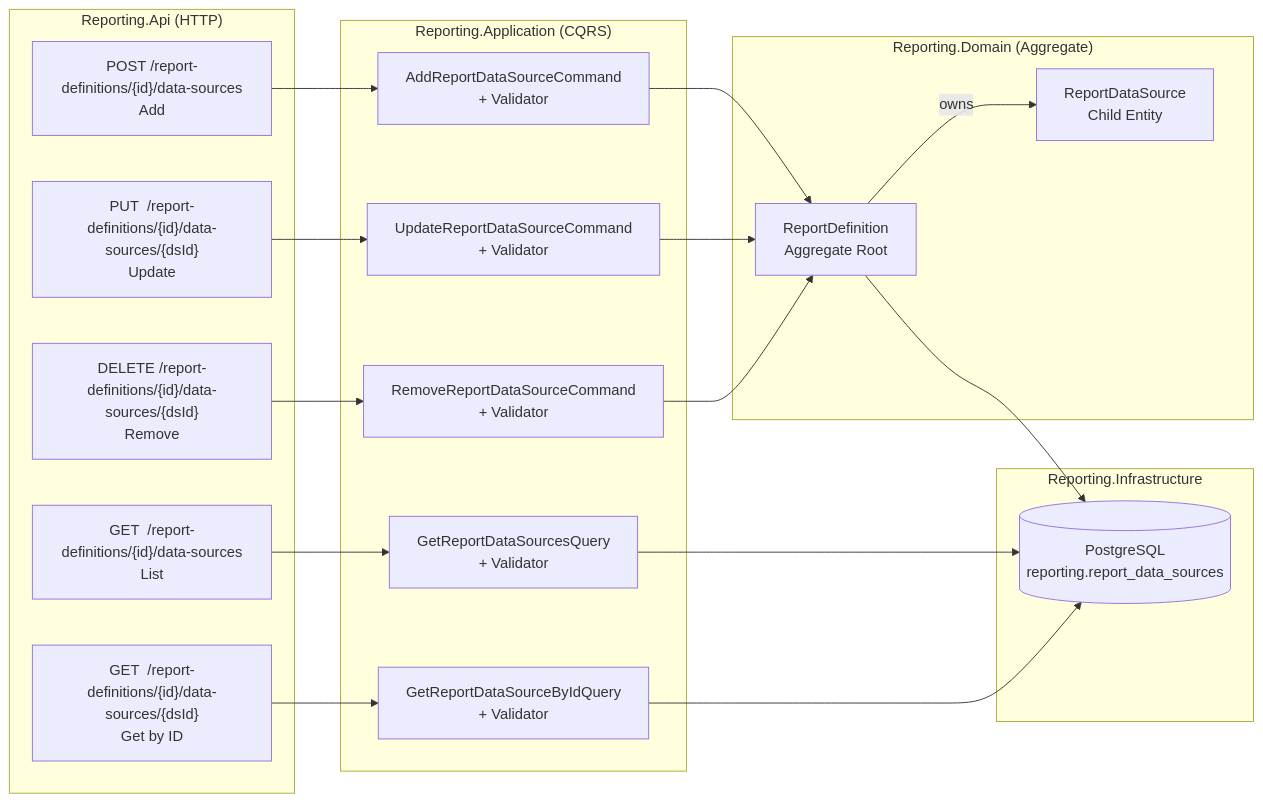
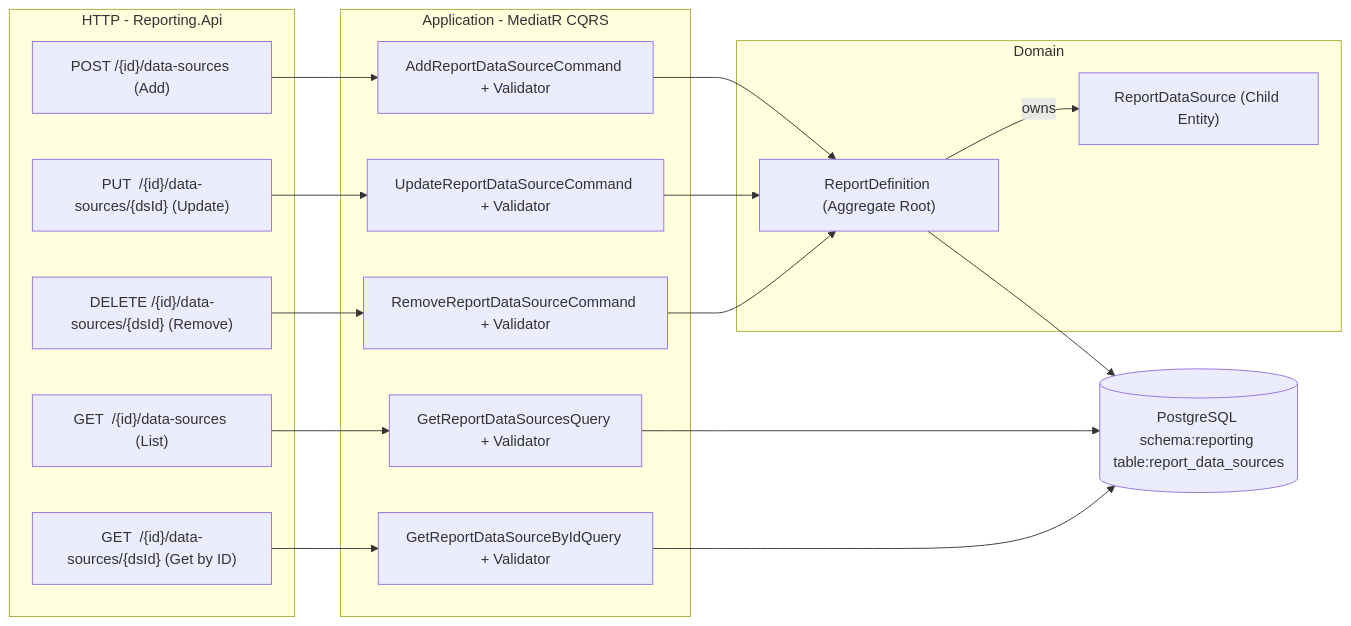
Before and after one commit to WikornAT/ReportEngine: the third of 6 diagrams in README.md, drawn with Mermaid. The commit also changed other lines of this file and 64 other files, not shown here.

````diff
--- a/README.md
+++ b/README.md
@@ -220,37 +213,33 @@
 ```mermaid
 flowchart LR
-    subgraph API["Reporting.Api (HTTP)"]
-        EP1["POST /report-definitions/{id}/data-sources\nAdd"]
-        EP2["GET  /report-definitions/{id}/data-sources\nList"]
-        EP3["GET  /report-definitions/{id}/data-sources/{dsId}\nGet by ID"]
-        EP4["PUT  /report-definitions/{id}/data-sources/{dsId}\nUpdate"]
-        EP5["DELETE /report-definitions/{id}/data-sources/{dsId}\nRemove"]
+    subgraph HTTP["HTTP - Reporting.Api"]
+        A1["POST /{id}/data-sources (Add)"]
+        A2["GET  /{id}/data-sources (List)"]
+        A3["GET  /{id}/data-sources/{dsId} (Get by ID)"]
+        A4["PUT  /{id}/data-sources/{dsId} (Update)"]
+        A5["DELETE /{id}/data-sources/{dsId} (Remove)"]
     end
 
-    subgraph APP["Reporting.Application (CQRS)"]
-        C1["AddReportDataSourceCommand\n+ Validator"]
-        C2["GetReportDataSourcesQuery\n+ Validator"]
-        C3["GetReportDataSourceByIdQuery\n+ Validator"]
-        C4["UpdateReportDataSourceCommand\n+ Validator"]
-        C5["RemoveReportDataSourceCommand\n+ Validator"]
+    subgraph CQRS["Application - MediatR CQRS"]
+        B1["AddReportDataSourceCommand + Validator"]
+        B2["GetReportDataSourcesQuery + Validator"]
+        B3["GetReportDataSourceByIdQuery + Validator"]
+        B4["UpdateReportDataSourceCommand + Validator"]
+        B5["RemoveReportDataSourceCommand + Validator"]
     end
 
-    subgraph DOM["Reporting.Domain (Aggregate)"]
-        AGG["ReportDefinition\nAggregate Root"]
-        DS["ReportDataSource\nChild Entity"]
-        AGG -- owns --> DS
+    subgraph DOMAIN["Domain"]
+        AGG["ReportDefinition (Aggregate Root)"]
+        DS["ReportDataSource (Child Entity)"]
+        AGG -->|owns| DS
     end
 
-    subgraph INFRA["Reporting.Infrastructure"]
-        DB[("PostgreSQL\nreporting.report_data_sources")]
-    end
+    DB[("PostgreSQL schema:reporting table:report_data_sources")]
 
-    EP1 --> C1 --> AGG
-    EP2 --> C2
-    EP3 --> C3
-    EP4 --> C4 --> AGG
-    EP5 --> C5 --> AGG
+    A1 --> B1 --> AGG
+    A2 --> B2 --> DB
+    A3 --> B3 --> DB
+    A4 --> B4 --> AGG
+    A5 --> B5 --> AGG
     AGG --> DB
-    C2 --> DB
-    C3 --> DB
 ```
````
